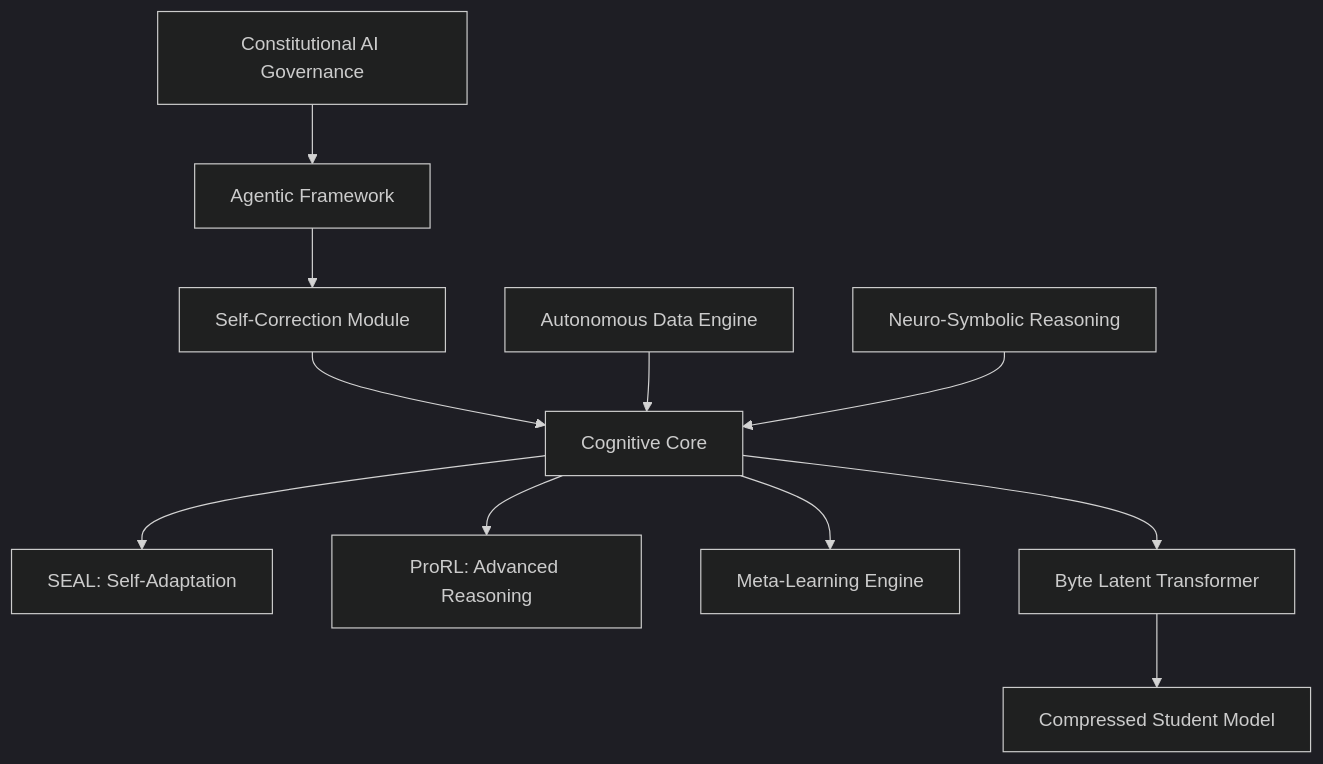
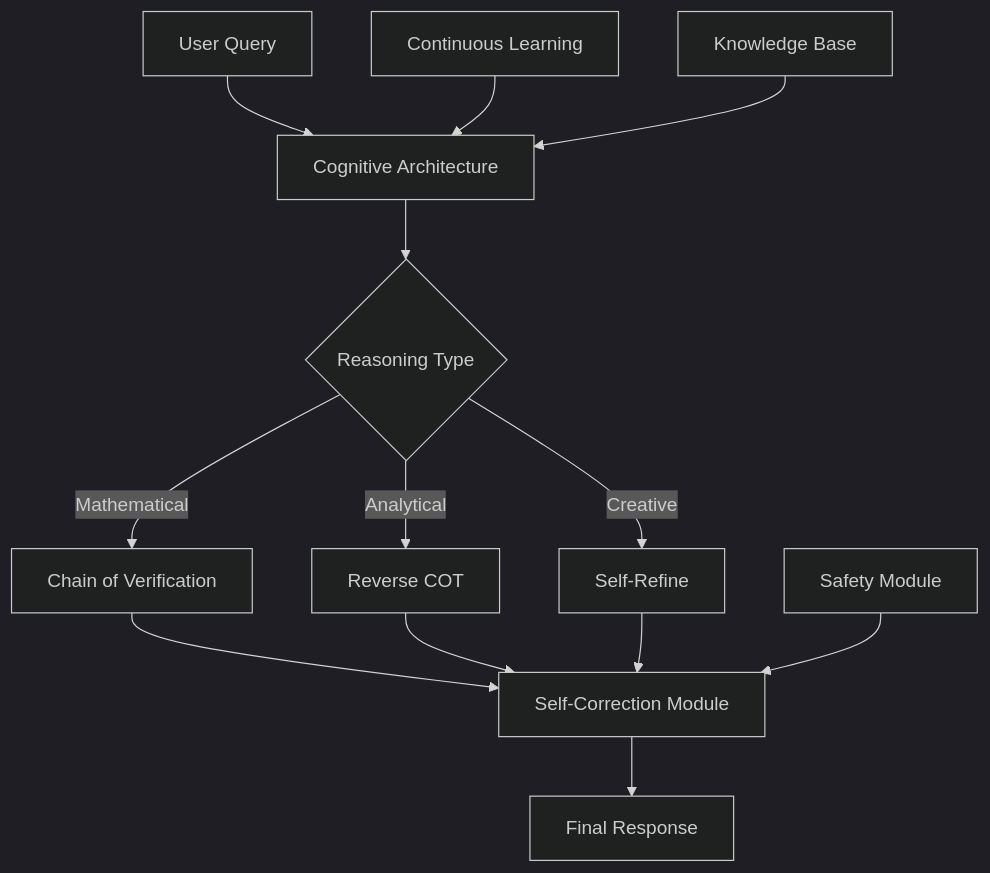
One commit to Sairamg18814/jigyasa changed the diagram in README.md. Above: the diagram before and after it, drawn with Mermaid (dark theme). The commit also changed other lines of this file and 3 other files, not shown here.

````diff
--- a/README.md
+++ b/README.md
@@ -73,13 +185,16 @@
 ```mermaid
-graph TB
-    A[Constitutional AI Governance] --> B[Agentic Framework]
-    B --> C[Self-Correction Module]
-    C --> D[Cognitive Core]
-    D --> E[SEAL: Self-Adaptation]
-    D --> F[ProRL: Advanced Reasoning]
-    D --> G[Meta-Learning Engine]
-    H[Autonomous Data Engine] --> D
-    I[Neuro-Symbolic Reasoning] --> D
-    D --> J[Byte Latent Transformer]
-    J --> K[Compressed Student Model]
+graph TD
+    A[User Query] --> B[Cognitive Architecture]
+    B --> C{Reasoning Type}
+    C -->|Mathematical| D[Chain of Verification]
+    C -->|Analytical| E[Reverse COT]
+    C -->|Creative| F[Self-Refine]
+    D --> G[Self-Correction Module]
+    E --> G
+    F --> G
+    G --> H[Final Response]
+    
+    I[Continuous Learning] --> B
+    J[Knowledge Base] --> B
+    K[Safety Module] --> G
 ```
````
